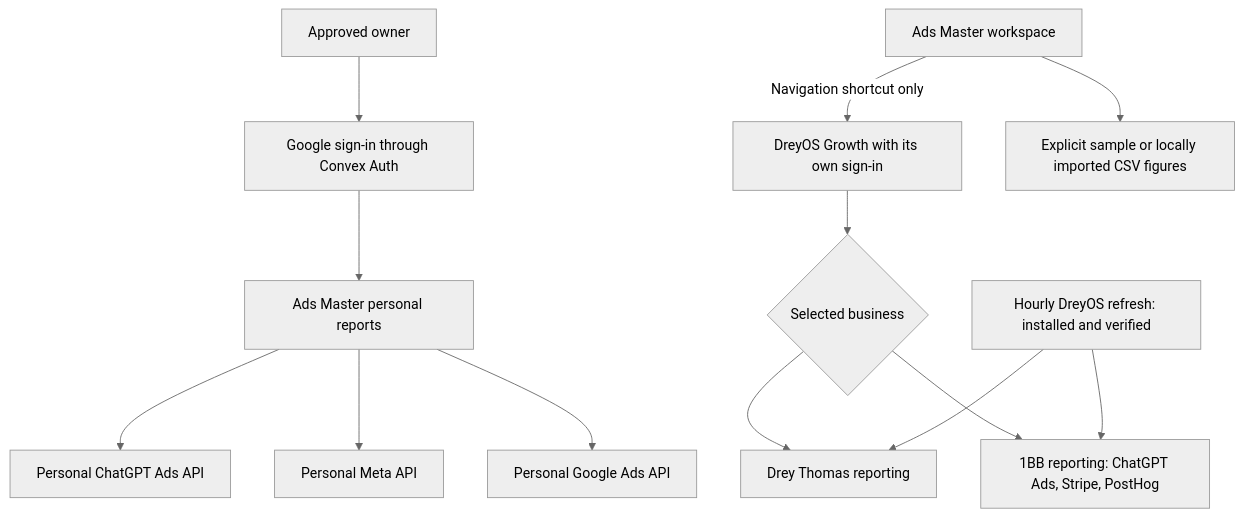
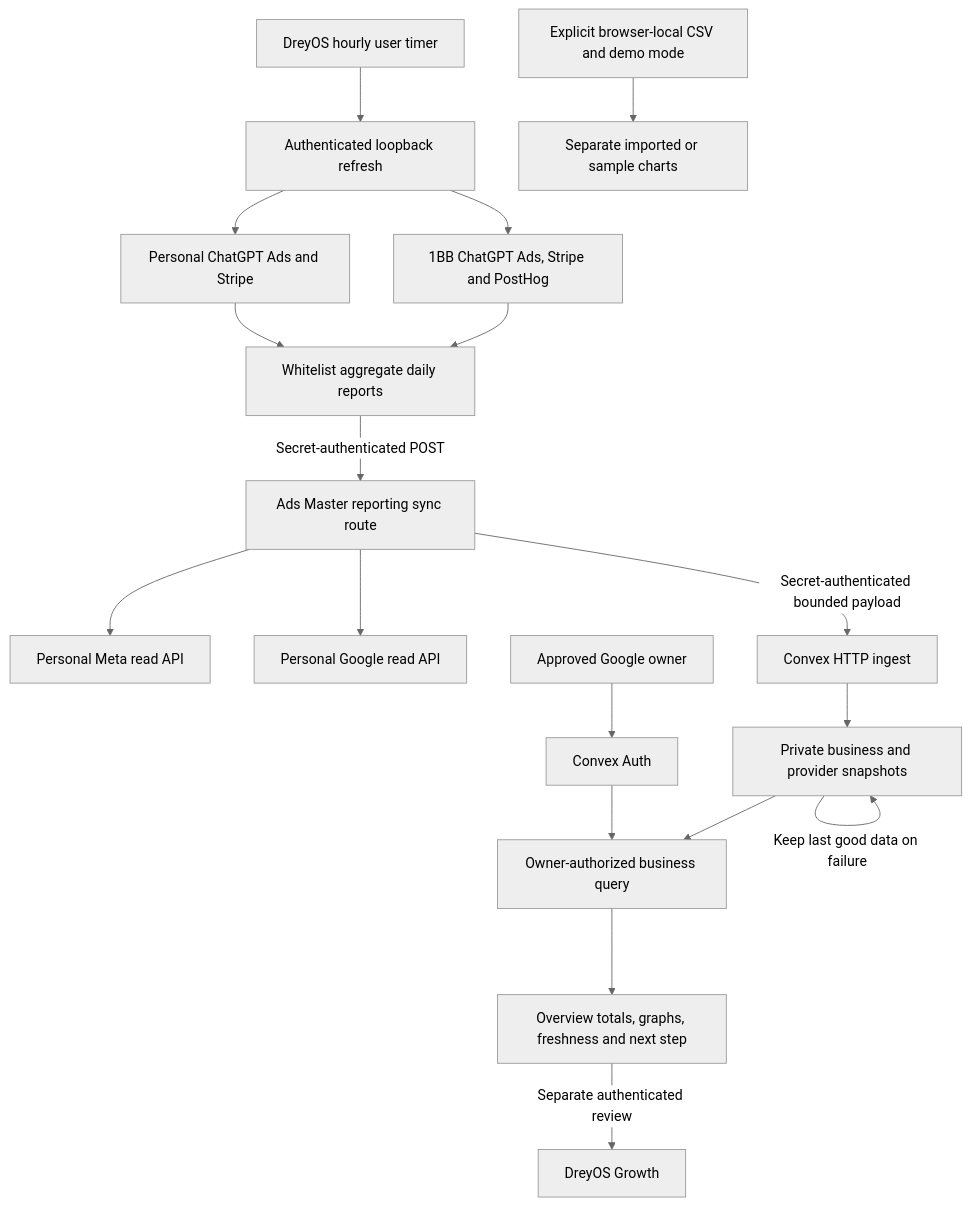
One commit to Dreydrey9000/ads-master changed the diagram in docs/diagrams/reporting.mmd. Above: the diagram before and after it, drawn with Mermaid (neutral theme). The commit also changed 20 other files, not shown here.

First line of the commit message:
Show automatic DreyOS totals, daily graphs, and next steps (#8)

```diff
--- a/docs/diagrams/reporting.mmd
+++ b/docs/diagrams/reporting.mmd
@@ -1,13 +1,18 @@
 flowchart TD
-  Owner[Approved owner] --> Auth[Google sign-in through Convex Auth]
-  Auth --> Personal[Ads Master personal reports]
-  Personal --> ChatGPT[Personal ChatGPT Ads API]
-  Personal --> Meta[Personal Meta API]
-  Personal --> Google[Personal Google Ads API]
-  Workspace[Ads Master workspace] -->|Navigation shortcut only| Growth[DreyOS Growth with its own sign-in]
-  Growth --> Business{Selected business}
-  Business --> PersonalGrowth[Drey Thomas reporting]
-  Business --> OneBB[1BB reporting: ChatGPT Ads, Stripe, PostHog]
-  Workspace --> Samples[Explicit sample or locally imported CSV figures]
-  Timer[Hourly DreyOS refresh: installed and verified] --> OneBB
-  Timer --> PersonalGrowth
+  Timer[DreyOS hourly user timer] --> Local[Authenticated loopback refresh]
+  Local --> Personal[Personal ChatGPT Ads and Stripe]
+  Local --> OneBB[1BB ChatGPT Ads, Stripe and PostHog]
+  Personal --> Push[Whitelist aggregate daily reports]
+  OneBB --> Push
+  Push -->|Secret-authenticated POST| Sync[Ads Master reporting sync route]
+  Sync --> Meta[Personal Meta read API]
+  Sync --> Google[Personal Google read API]
+  Sync -->|Secret-authenticated bounded payload| Ingest[Convex HTTP ingest]
+  Ingest --> Store[Private business and provider snapshots]
+  Store -->|Keep last good data on failure| Store
+  Owner[Approved Google owner] --> Auth[Convex Auth]
+  Auth --> Query[Owner-authorized business query]
+  Store --> Query
+  Query --> UI[Overview totals, graphs, freshness and next step]
+  UI -->|Separate authenticated review| Growth[DreyOS Growth]
+  CSV[Explicit browser-local CSV and demo mode] --> Separate[Separate imported or sample charts]
```
